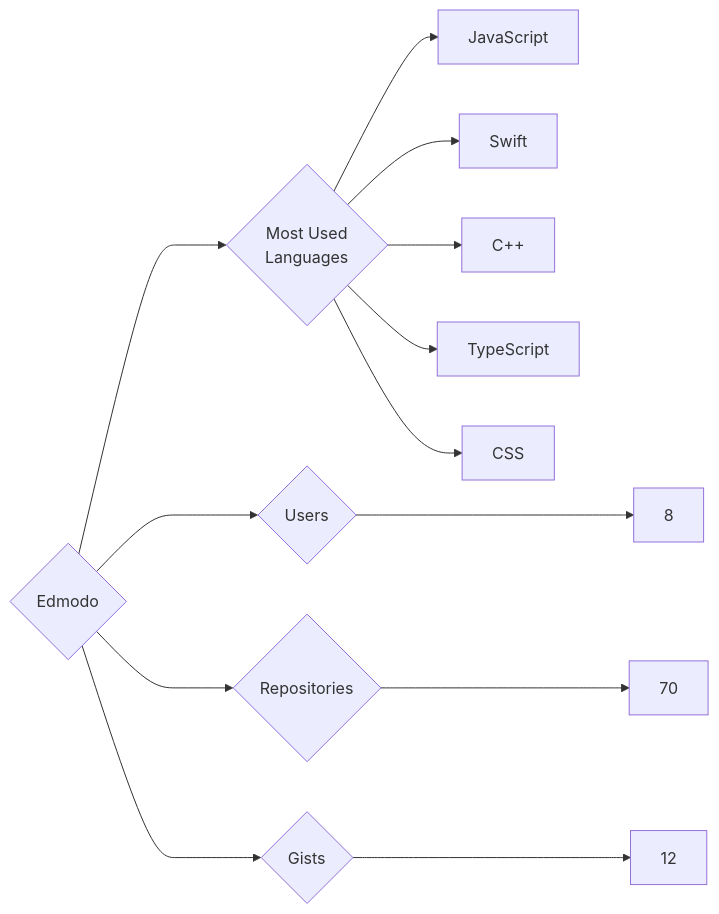
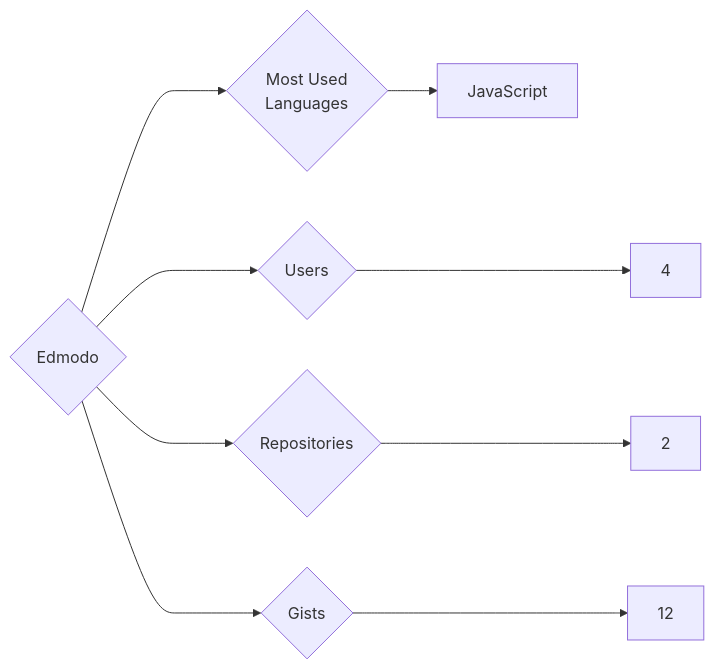
Before and after one commit to trickest/insiders: the diagram in targets/Edmodo/README.md, drawn with Mermaid. The commit also changed 988 other files, not shown here.

````diff
--- a/targets/Edmodo/README.md
+++ b/targets/Edmodo/README.md
@@ -3,13 +3,9 @@
 ```mermaid
 graph LR
 COMPANY_NAME{Edmodo}
-COMPANY_NAME ---> U{Users} ---> UN[8]
-COMPANY_NAME ---> R{Repositories} ---> RN[70]
+COMPANY_NAME ---> U{Users} ---> UN[4]
+COMPANY_NAME ---> R{Repositories} ---> RN[2]
 COMPANY_NAME ---> G{Gists} ---> GN[12]
 COMPANY_NAME ---> ML{Most Used<br>Languages}
 ML --> JavaScript[JavaScript]
-ML --> Swift[Swift]
-ML --> C++[C++]
-ML --> TypeScript[TypeScript]
-ML --> CSS[CSS]
 ```
````
